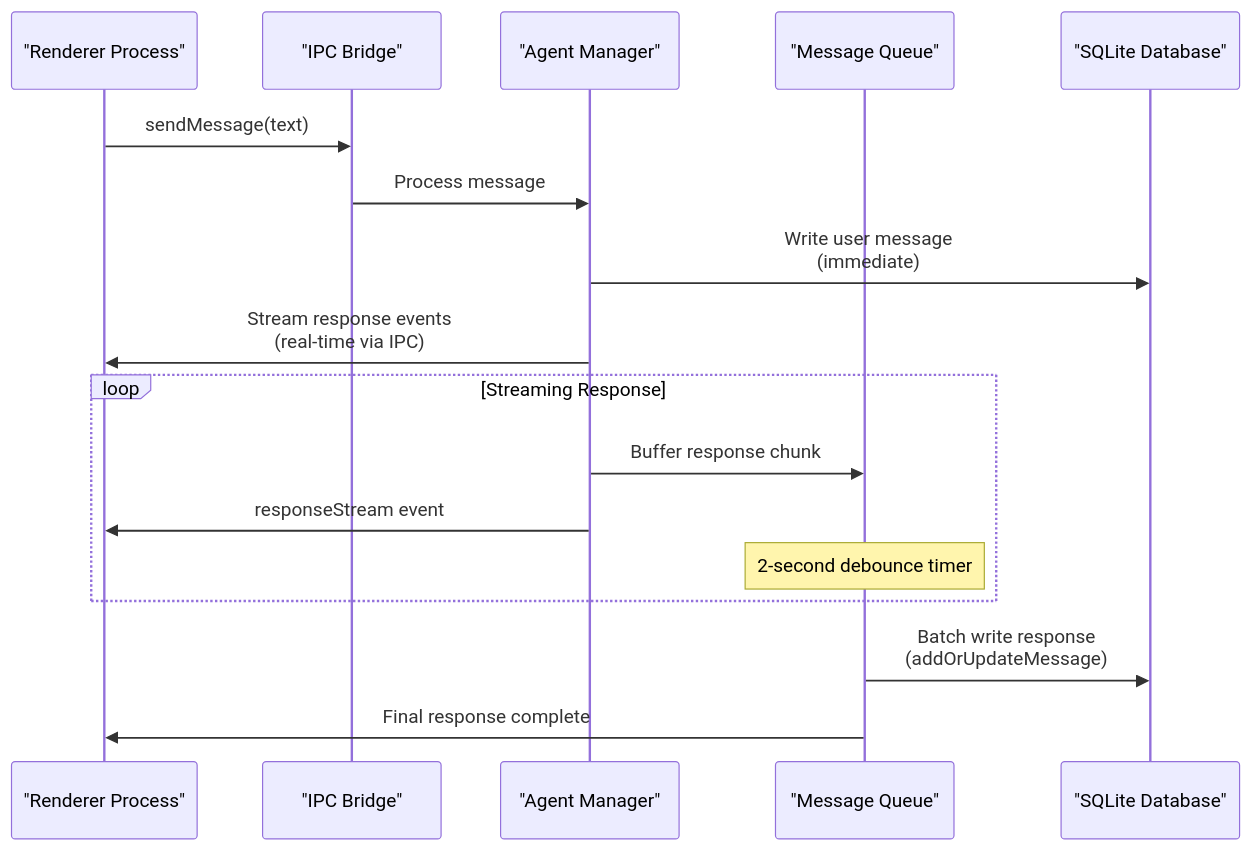
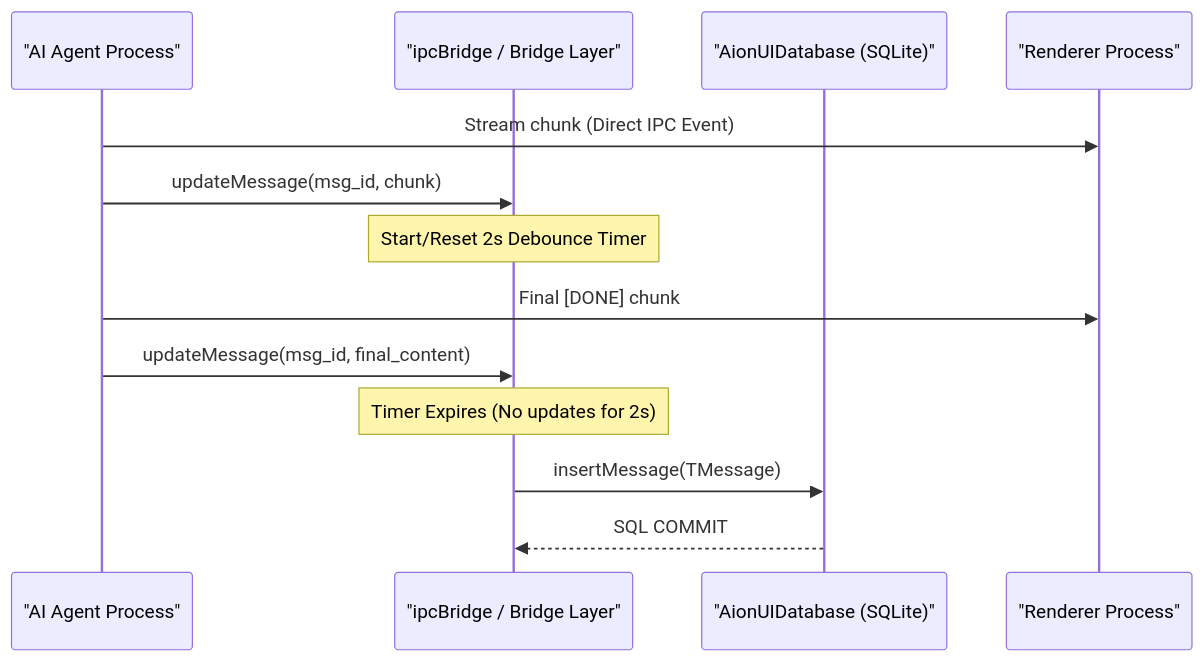
Before and after one commit to blackcater/zentree: the second of 2 diagrams in docs/iOfficeAI_AionUi/architecture/database-system.md, drawn with Mermaid. The commit also changed other lines of this file and 232 other files, not shown here.

````diff
--- a/docs/iOfficeAI_AionUi/architecture/database-system.md
+++ b/docs/iOfficeAI_AionUi/architecture/database-system.md
@@ -117,22 +119,18 @@
 ```mermaid
 sequenceDiagram
+    participant Agent as "AI Agent Process"
+    participant Bridge as "ipcBridge / Bridge Layer"
+    participant DB as "AionUIDatabase (SQLite)"
     participant UI as "Renderer Process"
-    participant IPC as "IPC Bridge"
-    participant Agent as "Agent Manager"
-    participant Queue as "Message Queue"
-    participant DB as "SQLite Database"
 
-    UI->>IPC: sendMessage(text)
-    IPC->>Agent: Process message
-    Agent->>DB: Write user message<br/>(immediate)
-    Agent->>UI: Stream response events<br/>(real-time via IPC)
-
-    loop Streaming Response
-        Agent->>Queue: Buffer response chunk
-        Agent->>UI: responseStream event
-        Note over Queue: 2-second debounce timer
-    end
-
-    Queue->>DB: Batch write response<br/>(addOrUpdateMessage)
-    Queue->>UI: Final response complete
+    Agent->>UI: Stream chunk (Direct IPC Event)
+    Agent->>Bridge: updateMessage(msg_id, chunk)
+    Note over Bridge: Start/Reset 2s Debounce Timer
+    
+    Agent->>UI: Final [DONE] chunk
+    Agent->>Bridge: updateMessage(msg_id, final_content)
+    
+    Note over Bridge: Timer Expires (No updates for 2s)
+    Bridge->>DB: insertMessage(TMessage)
+    DB-->>Bridge: SQL COMMIT
 ```
````
